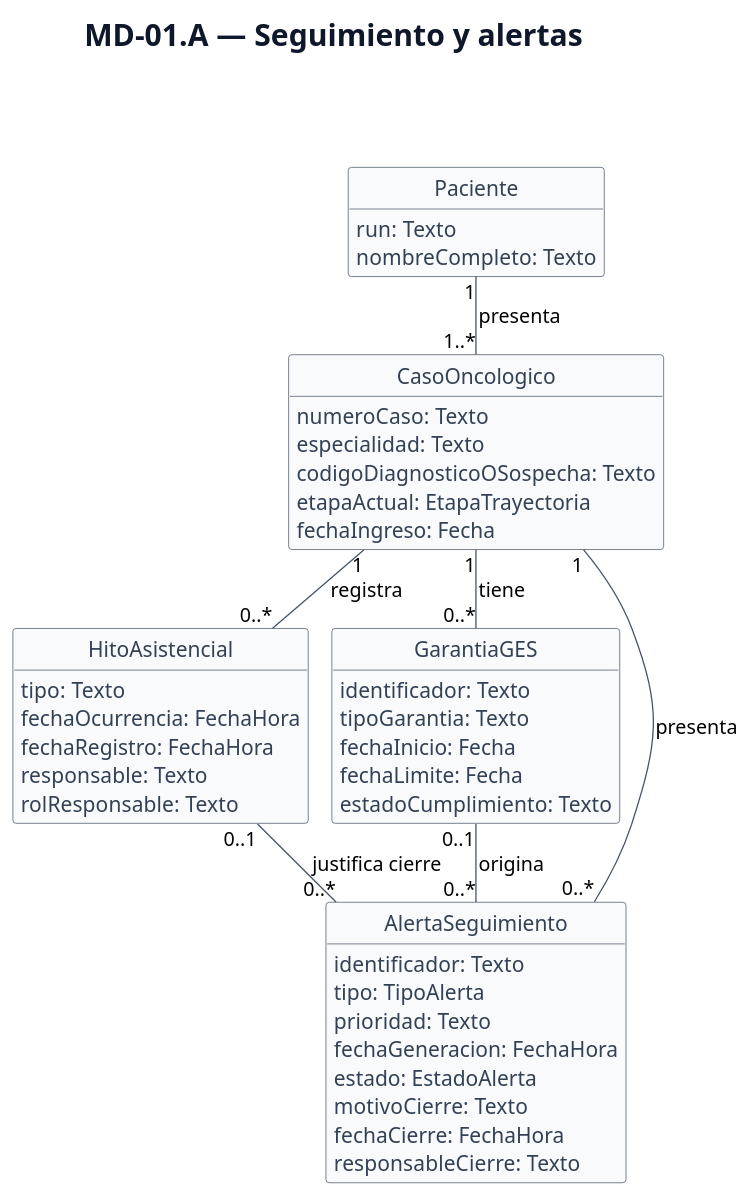
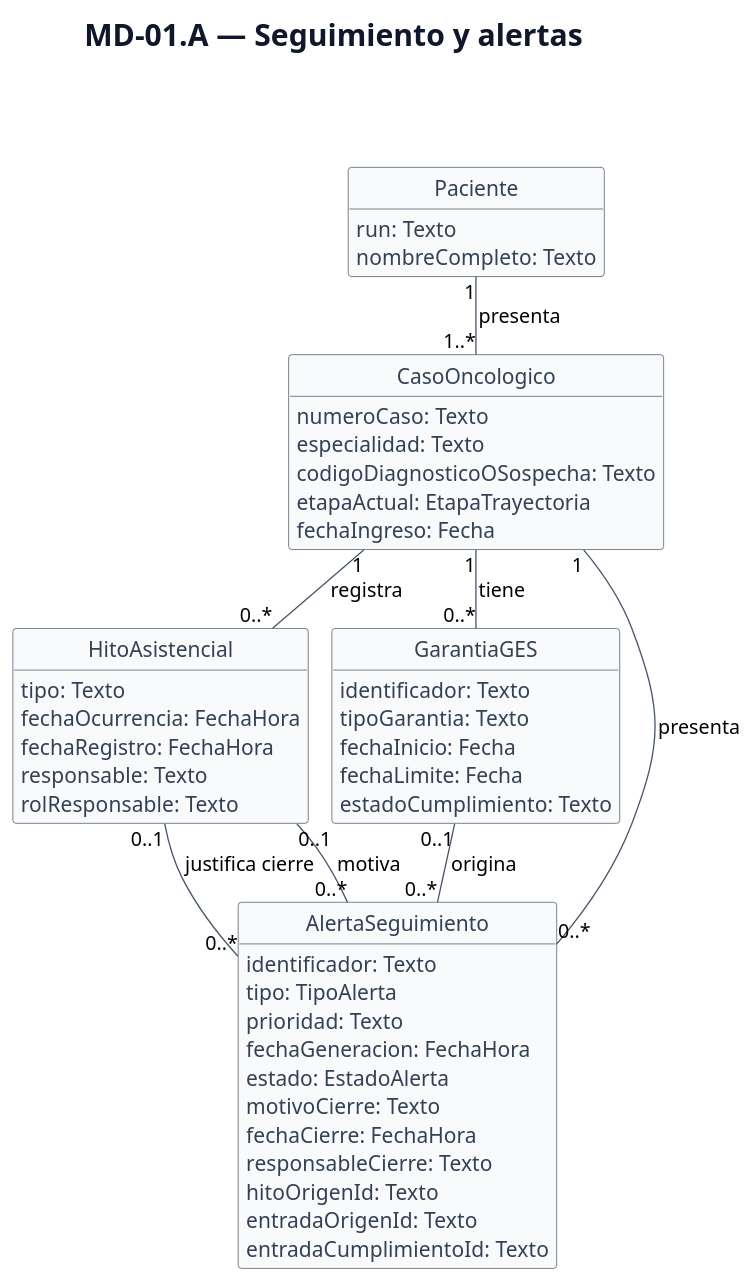
Before and after one commit to br1fz/OncoTrace: the first of 4 diagrams in diagramas/modelo-dominio.puml, drawn with PlantUML. The commit also changed other lines of this file and 10 other files, not shown here.

Commit message:
docs(hu-03): alinear especificacion en artefactos, diagramas y ficha para bitacora y puntos de contacto

```diff
--- a/diagramas/modelo-dominio.puml
+++ b/diagramas/modelo-dominio.puml
@@ -5,72 +5,76 @@
 @startuml vista-seguimiento
 !pragma layout smetana
 hide methods
 hide circle
 skinparam backgroundColor white
 skinparam shadowing false
 skinparam classBackgroundColor #F8FAFC
 skinparam classBorderColor #334155
 skinparam classFontColor #0F172A
 skinparam classAttributeFontColor #334155
 skinparam classFontSize 19
 skinparam classAttributeFontSize 16
 skinparam ArrowColor #475569
 skinparam ArrowFontSize 15
 skinparam titleFontSize 23
 skinparam titleFontColor #0F172A
 skinparam defaultFontName SansSerif
 top to bottom direction
 title
 MD-01.A — Seguimiento y alertas
 
 
 end title
 
 class Paciente {
   run: Texto
   nombreCompleto: Texto
 }
 
 class CasoOncologico {
   numeroCaso: Texto
   especialidad: Texto
   codigoDiagnosticoOSospecha: Texto
   etapaActual: EtapaTrayectoria
   fechaIngreso: Fecha
 }
 
 class HitoAsistencial {
   tipo: Texto
   fechaOcurrencia: FechaHora
   fechaRegistro: FechaHora
   responsable: Texto
   rolResponsable: Texto
 }
 
 class GarantiaGES {
   identificador: Texto
   tipoGarantia: Texto
   fechaInicio: Fecha
   fechaLimite: Fecha
   estadoCumplimiento: Texto
 }
 
 class AlertaSeguimiento {
   identificador: Texto
   tipo: TipoAlerta
   prioridad: Texto
   fechaGeneracion: FechaHora
   estado: EstadoAlerta
   motivoCierre: Texto
   fechaCierre: FechaHora
   responsableCierre: Texto
+  hitoOrigenId: Texto
+  entradaOrigenId: Texto
+  entradaCumplimientoId: Texto
 }
 
 Paciente "1" -- "1..*" CasoOncologico : presenta
 CasoOncologico "1" -- "0..*" HitoAsistencial : registra
 CasoOncologico "1" -- "0..*" GarantiaGES : tiene
 CasoOncologico "1" -- "0..*" AlertaSeguimiento : presenta
 GarantiaGES "0..1" -- "0..*" AlertaSeguimiento : origina
 HitoAsistencial "0..1" -- "0..*" AlertaSeguimiento : justifica cierre
+HitoAsistencial "0..1" -- "0..*" AlertaSeguimiento : motiva
 
 @enduml
```
